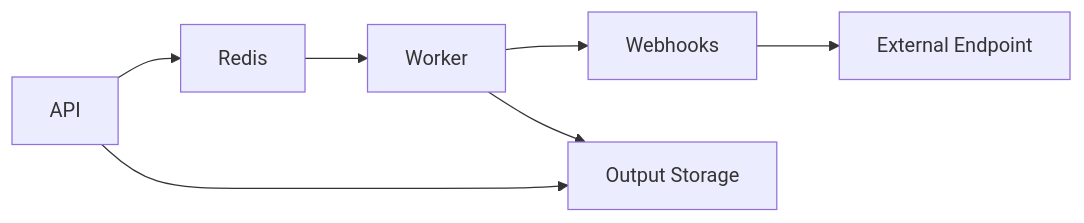
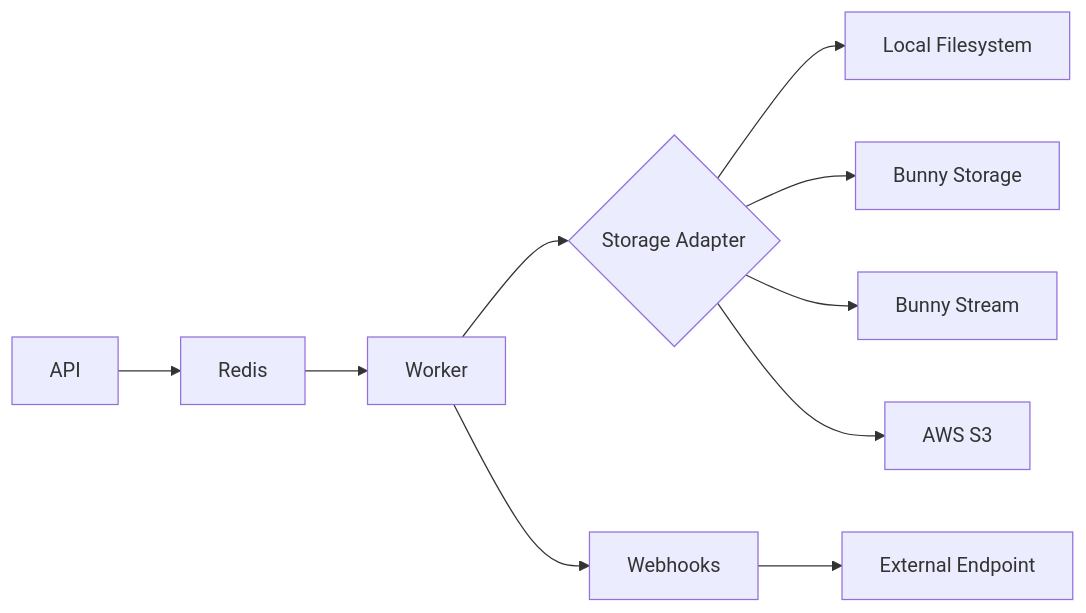
One commit to jamie-at-bunny/burrowcode changed the diagram in README.md. Above: the diagram before and after it, drawn with Mermaid. The commit also changed other lines of this file and 12 other files, not shown here.

````diff
--- a/README.md
+++ b/README.md
@@ -7,9 +7,12 @@
 ```mermaid
 flowchart LR
     API --> Redis
     Redis --> Worker
+    Worker --> Adapter{Storage Adapter}
+    Adapter --> FS[Local Filesystem]
+    Adapter --> BunnyStorage[Bunny Storage]
+    Adapter --> BunnyStream[Bunny Stream]
+    Adapter --> S3[AWS S3]
     Worker --> Webhooks
-    Worker --> Storage[Output Storage]
     Webhooks --> External[External Endpoint]
-    API --> Storage
 ```
````
